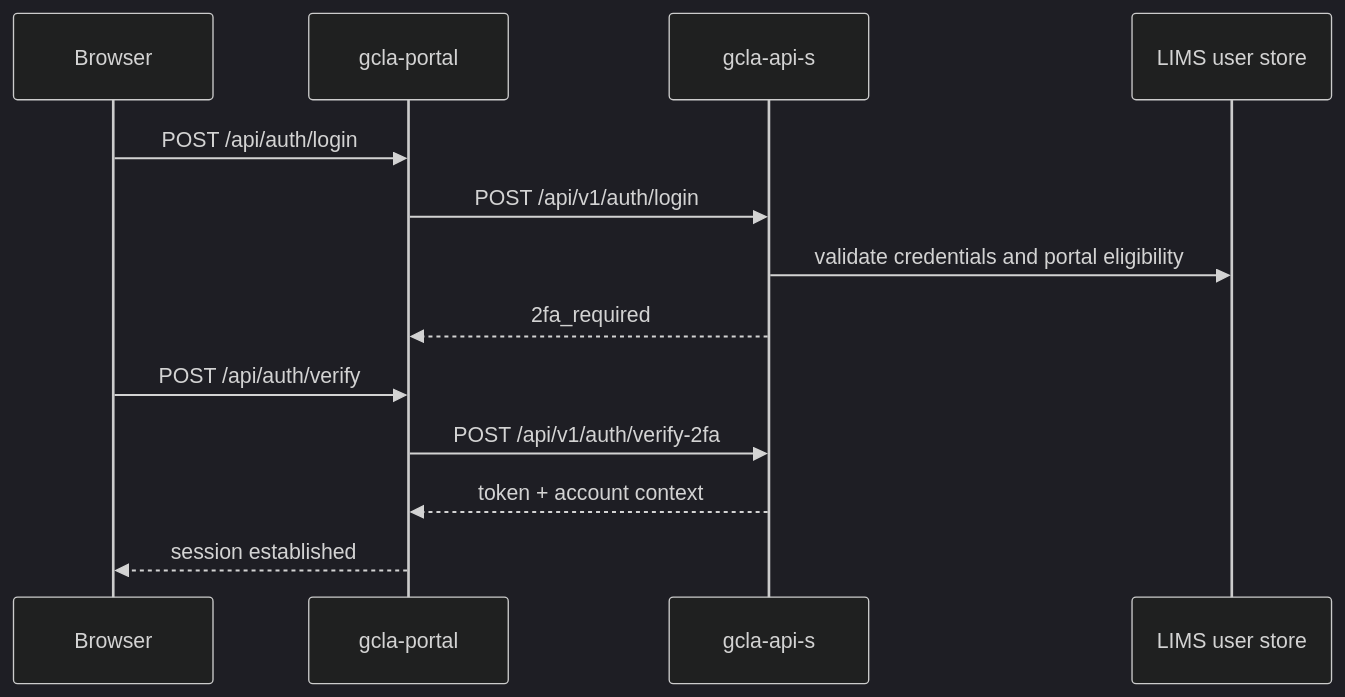
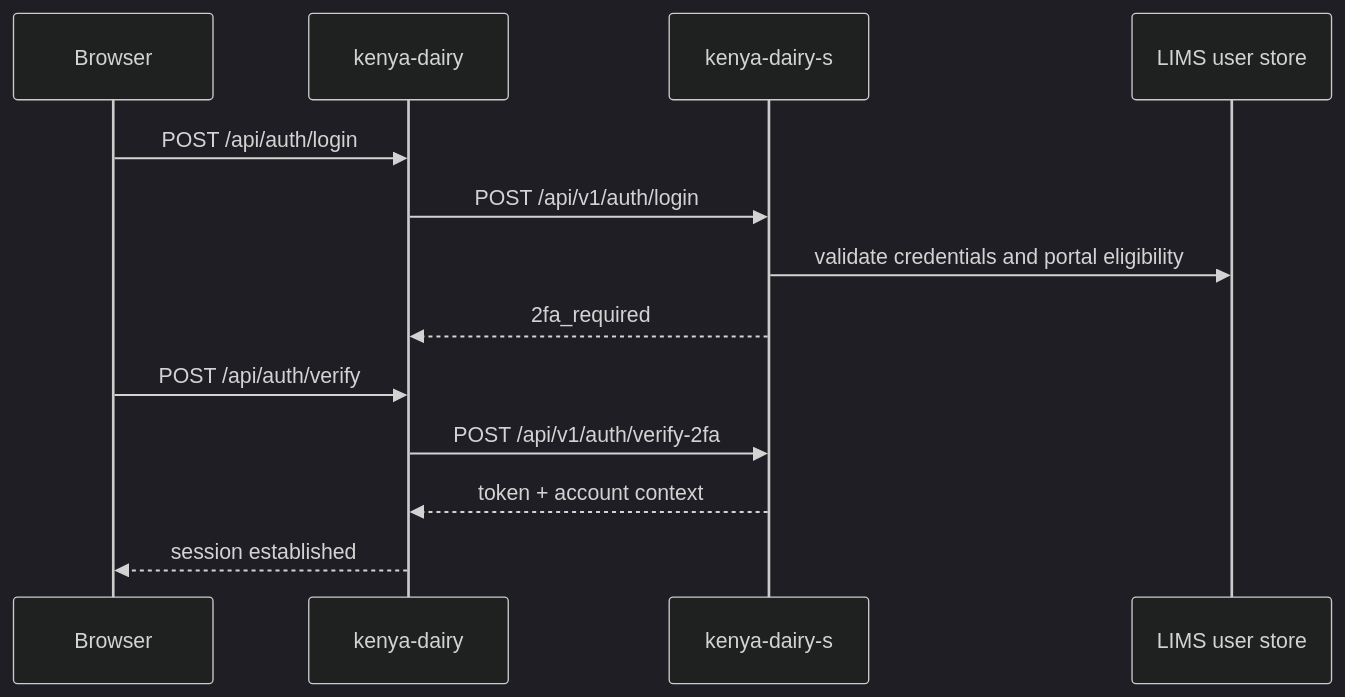
The second of 3 diagrams in docs/customer-portal-gateway-lims-3-app-integration.md (ErnestKamau/shh), drawn with Mermaid (dark theme) before and after one commit. The commit also changed other lines of this file, not shown here.

Commit message:
Update architecture and sequence diagrams for kenya-dairy

````diff
--- a/docs/customer-portal-gateway-lims-3-app-integration.md
+++ b/docs/customer-portal-gateway-lims-3-app-integration.md
@@ -104,17 +103,17 @@
 ```mermaid
 sequenceDiagram
     participant B as Browser
-    participant P as gcla-portal
-    participant G as gcla-api-s
+    participant P as kenya-dairy
+    participant G as kenya-dairy-s
     participant DB as LIMS user store
 
     B->>P: POST /api/auth/login
     P->>G: POST /api/v1/auth/login
     G->>DB: validate credentials and portal eligibility
     G-->>P: 2fa_required
 
     B->>P: POST /api/auth/verify
     P->>G: POST /api/v1/auth/verify-2fa
     G-->>P: token + account context
     P-->>B: session established
 ```
````
